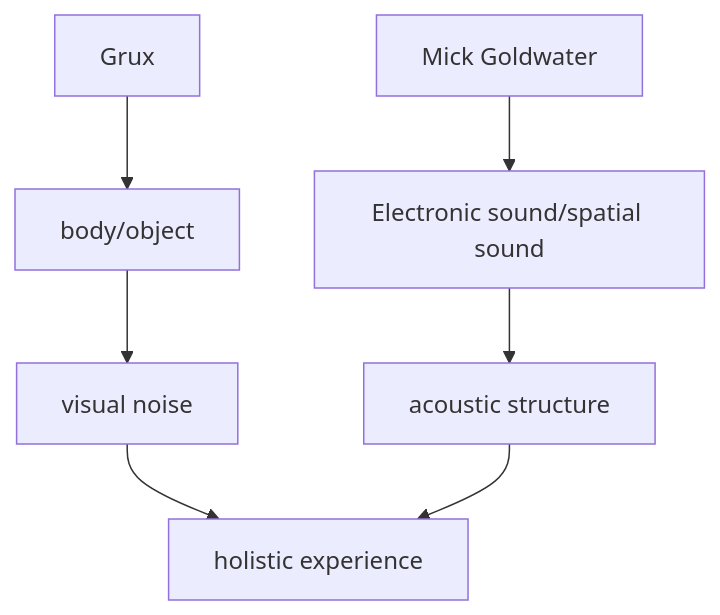
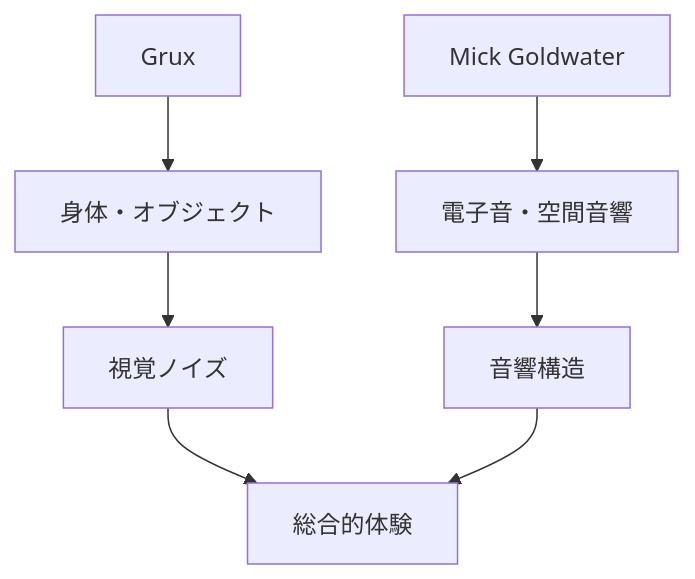
The fourth of 4 diagrams in en/_posts/2026-04-18-column-rubber-o-cement.md (monumental-movement/monumental-movement.github.io), drawn with Mermaid before and after one commit. The commit also changed other lines of this file and 2196 other files, not shown here.

```diff
--- a/en/_posts/2026-04-18-column-rubber-o-cement.md
+++ b/en/_posts/2026-04-18-column-rubber-o-cement.md
@@ -154,9 +153,9 @@
 <div class="mermaid">
 graph TD
-A[Grux] --> C[body/object]
-B[Mick Goldwater] --> D[Electronic sound/spatial sound]
-C --> E[visual noise]
-D --> F[acoustic structure]
-E --> G[holistic experience]
+A[Grux] --> C[身体・オブジェクト]
+B[Mick Goldwater] --> D[電子音・空間音響]
+C --> E[視覚ノイズ]
+D --> F[音響構造]
+E --> G[総合的体験]
 F --> G
 </div>
```
